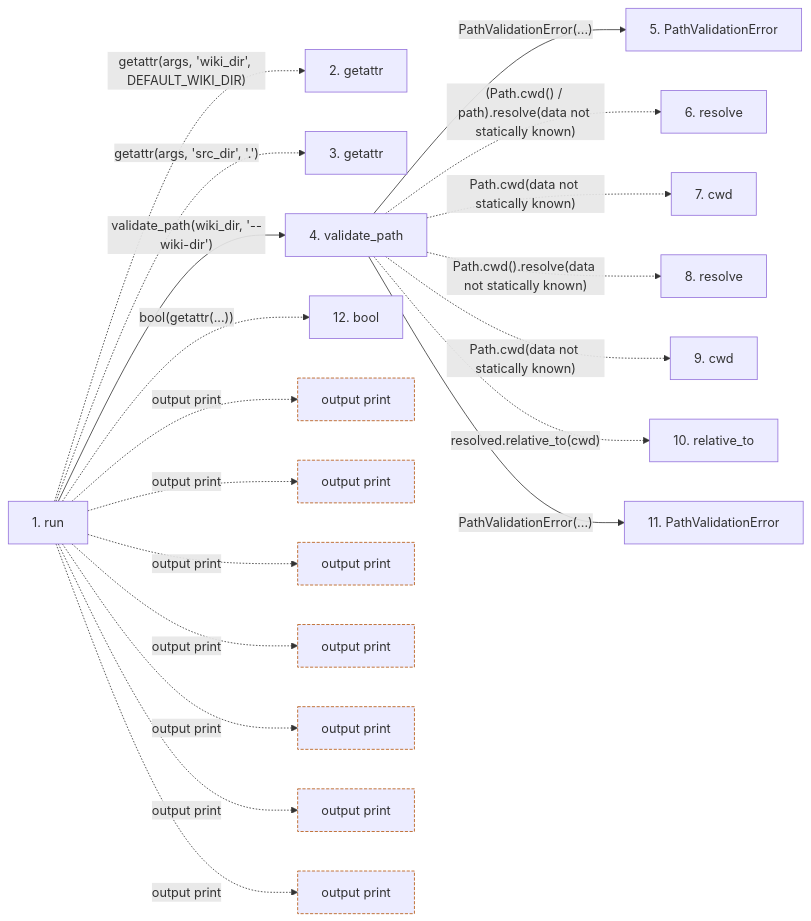
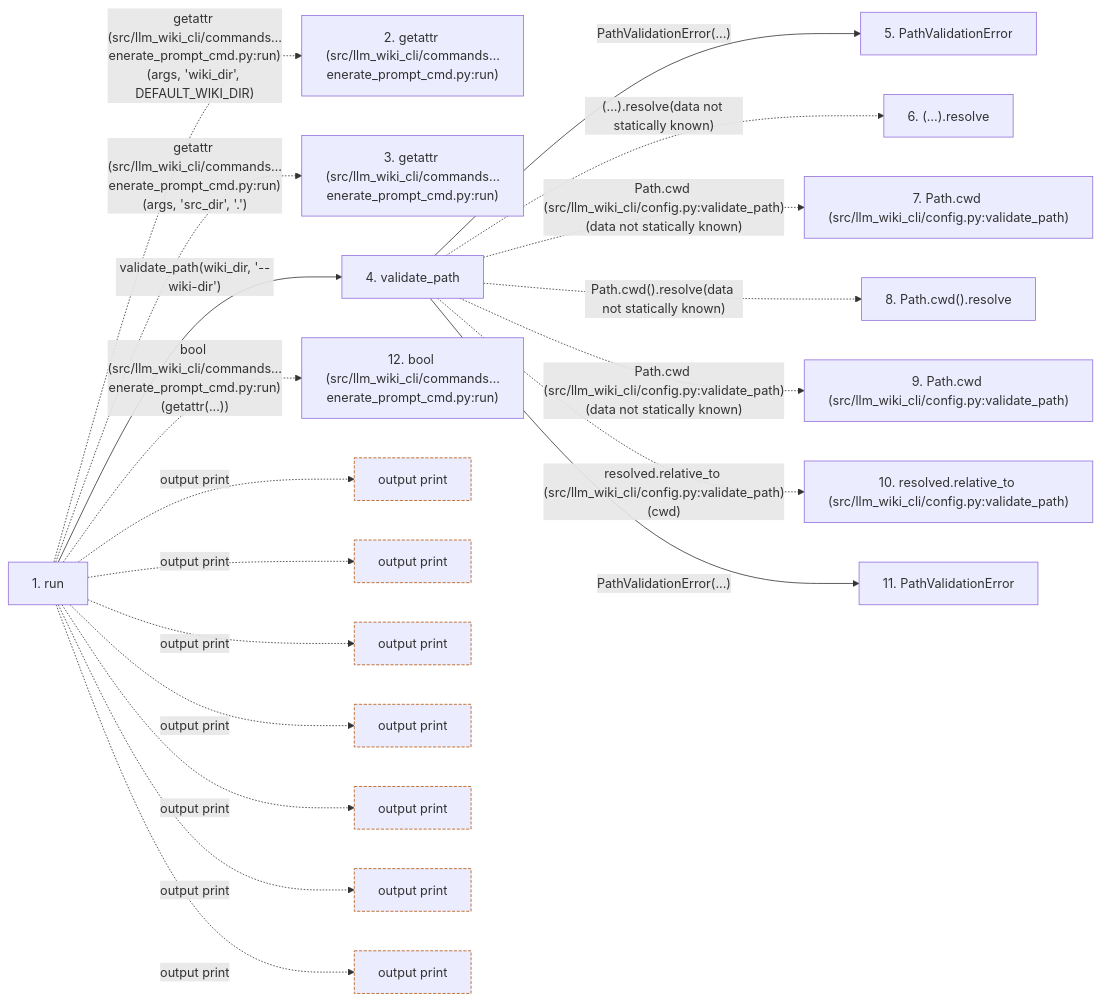
The second of 2 diagrams in docs/llm_wiki/flows/cli-generate-prompt.md (Denissvgn/python-wiki-llm), drawn with Mermaid before and after one commit. The commit also changed other lines of this file and 719 other files, not shown here.

````diff
--- a/docs/llm_wiki/flows/cli-generate-prompt.md
+++ b/docs/llm_wiki/flows/cli-generate-prompt.md
@@ -92,52 +96,52 @@
 ```mermaid
 flowchart LR
     s1["1. run"]
-    s2["2. getattr"]
-    s3["3. getattr"]
+    s2["2. getattr (src/llm_wiki_cli/commands…enerate_prompt_cmd.py:run)"]
+    s3["3. getattr (src/llm_wiki_cli/commands…enerate_prompt_cmd.py:run)"]
     s4["4. validate_path"]
     s5["5. PathValidationError"]
-    s6["6. resolve"]
-    s7["7. cwd"]
-    s8["8. resolve"]
-    s9["9. cwd"]
-    s10["10. relative_to"]
+    s6["6. (…).resolve"]
+    s7["7. Path.cwd (src/llm_wiki_cli/config.py:validate_path)"]
+    s8["8. Path.cwd().resolve"]
+    s9["9. Path.cwd (src/llm_wiki_cli/config.py:validate_path)"]
+    s10["10. resolved.relative_to (src/llm_wiki_cli/config.py:validate_path)"]
     s11["11. PathValidationError"]
-    s12["12. bool"]
-    s1 -. "getattr(args, 'wiki_dir', DEFAULT_WIKI_DIR)" .-> s2
-    s1 -. "getattr(args, 'src_dir', '.')" .-> s3
+    s12["12. bool (src/llm_wiki_cli/commands…enerate_prompt_cmd.py:run)"]
+    s1 -. "getattr (src/llm_wiki_cli/commands…enerate_prompt_cmd.py:run)(args, 'wiki_dir', DEFAULT_WIKI_DIR)" .-> s2
+    s1 -. "getattr (src/llm_wiki_cli/commands…enerate_prompt_cmd.py:run)(args, 'src_dir', '.')" .-> s3
     s1 -->|"validate_path(wiki_dir, '--wiki-dir')"| s4
     s4 -->|"PathValidationError(...)"| s5
-    s4 -. "(Path.cwd() / path).resolve(data not statically known)" .-> s6
-    s4 -. "Path.cwd(data not statically known)" .-> s7
+    s4 -. "(…).resolve(data not statically known)" .-> s6
+    s4 -. "Path.cwd (src/llm_wiki_cli/config.py:validate_path)(data not statically known)" .-> s7
     s4 -. "Path.cwd().resolve(data not statically known)" .-> s8
-    s4 -. "Path.cwd(data not statically known)" .-> s9
-    s4 -. "resolved.relative_to(cwd)" .-> s10
+    s4 -. "Path.cwd (src/llm_wiki_cli/config.py:validate_path)(data not statically known)" .-> s9
+    s4 -. "resolved.relative_to (src/llm_wiki_cli/config.py:validate_path)(cwd)" .-> s10
     s4 -->|"PathValidationError(...)"| s11
-    s1 -. "bool(getattr(...))" .-> s12
+    s1 -. "bool (src/llm_wiki_cli/commands…enerate_prompt_cmd.py:run)(getattr(...))" .-> s12
     b0["output print"]
     s1 -. "output print" .-> b0
     b1["output print"]
     s1 -. "output print" .-> b1
     b2["output print"]
     s1 -. "output print" .-> b2
     b3["output print"]
     s1 -. "output print" .-> b3
     b4["output print"]
     s1 -. "output print" .-> b4
     b5["output print"]
     s1 -. "output print" .-> b5
     b6["output print"]
     s1 -. "output print" .-> b6
     click s1 "../modules/generate_prompt_cmd.md"
     click s4 "../modules/config.md"
     click s5 "../modules/config.md"
     click s11 "../modules/config.md"
     classDef boundary stroke:#b45309,stroke-dasharray: 4 2
     class b0 boundary
     class b1 boundary
     class b2 boundary
     class b3 boundary
     class b4 boundary
     class b5 boundary
     class b6 boundary
 ```
````
